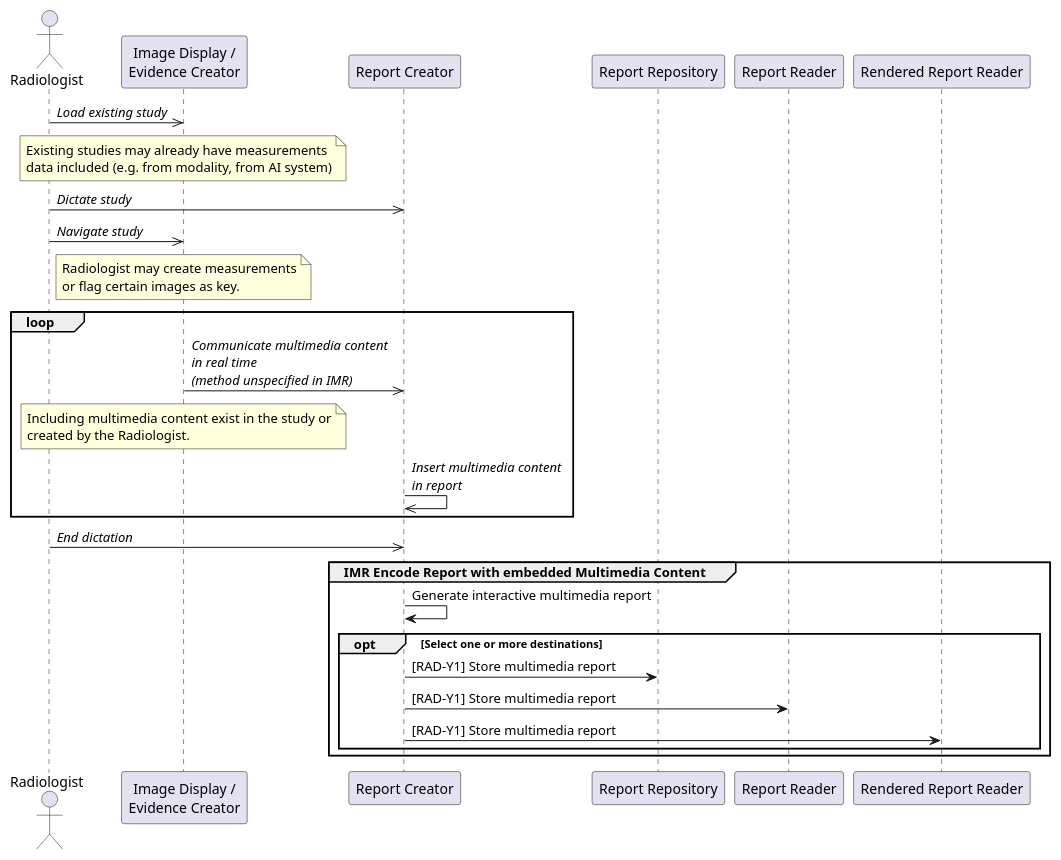
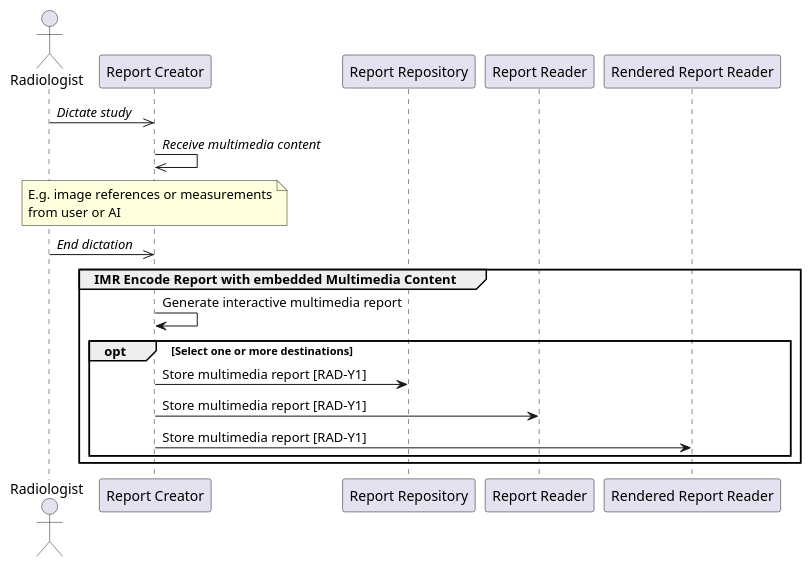
Before and after one commit to IHE/RAD.IMR: the diagram in input/images-source/uc1-authoring-report.plantuml, drawn with PlantUML. The commit also changed 5 other files, not shown here.

Commit message:
Updated all use case diagrams.

```diff
--- a/input/images-source/uc1-authoring-report.plantuml
+++ b/input/images-source/uc1-authoring-report.plantuml
@@ -1,44 +1,29 @@
 @startuml
 
 actor "Radiologist" as Rad
-participant "Image Display /\nEvidence Creator" as ECreator
+
 participant "Report Creator" as RCreator
 participant "Report Repository" as Repo
 participant "Report Reader" as Reader
 participant "Rendered Report Reader" as RenderedReader
 
-Rad->>ECreator: //Load existing study//
-note over ECreator
-Existing studies may already have measurements
-data included (e.g. from modality, from AI system)
+Rad->>RCreator: //Dictate study//
+RCreator->>RCreator: //Receive multimedia content//
+note over RCreator
+E.g. image references or measurements
+from user or AI
 end note
-Rad->>RCreator: //Dictate study//
-Rad->>ECreator: //Navigate study//
-note over ECreator
-Radiologist may create measurements
-or flag certain images as key.
-end note
-
-loop
-ECreator->>RCreator: //Communicate multimedia content//\n//in real time//\n//(method unspecified in IMR)//
-note over ECreator
-Including multimedia content exist in the study or
-created by the Radiologist.
-end note
-RCreator->>RCreator: //Insert multimedia content//\n//in report//
-end
-
 Rad->>RCreator: //End dictation//
 
 group IMR Encode Report with embedded Multimedia Content
 RCreator->RCreator: Generate interactive multimedia report
 
 opt Select one or more destinations
-RCreator->Repo: [RAD-Y1] Store multimedia report
-RCreator->Reader: [RAD-Y1] Store multimedia report
-RCreator->RenderedReader: [RAD-Y1] Store multimedia report
+RCreator->Repo: Store multimedia report [RAD-Y1]
+RCreator->Reader: Store multimedia report [RAD-Y1]
+RCreator->RenderedReader: Store multimedia report [RAD-Y1]
 end opt
 
 end group
 
 @enduml
```
